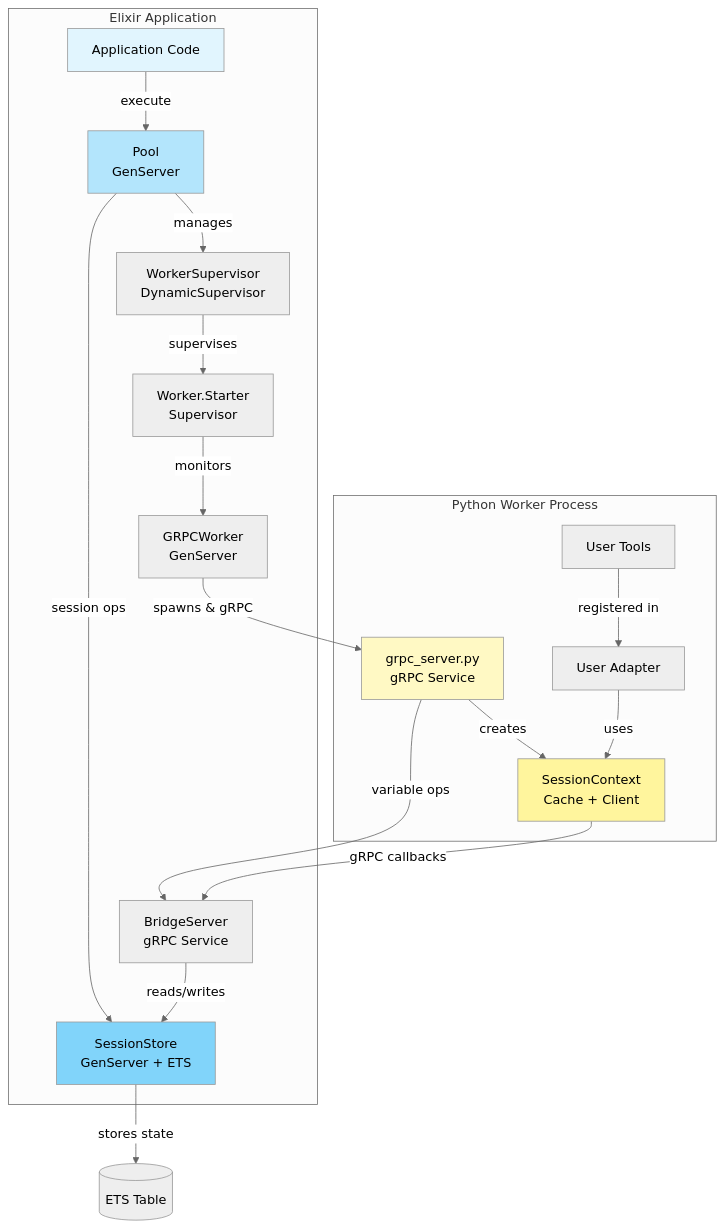
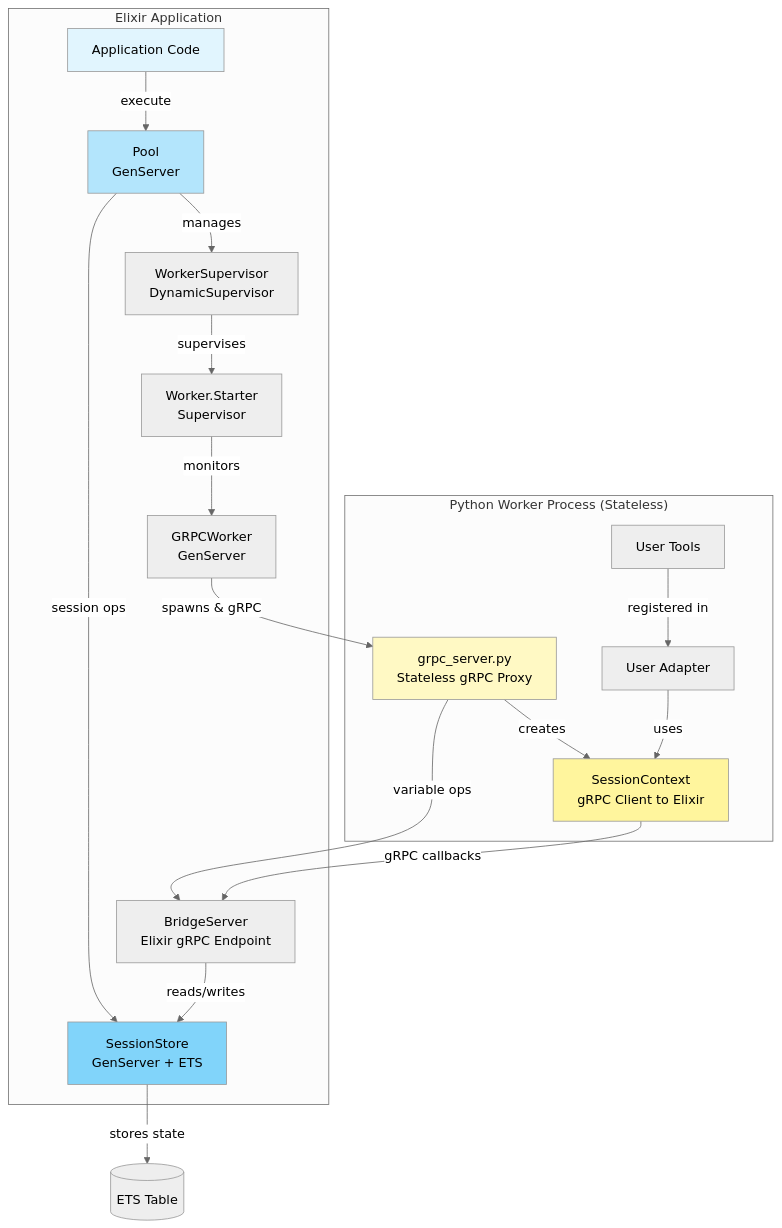
The first of 8 diagrams in DIAGS2.md (nshkrdotcom/snakepit), drawn with Mermaid (neutral theme) before and after one commit. The commit also changed other lines of this file and 9 other files, not shown here.

````diff
--- a/DIAGS2.md
+++ b/DIAGS2.md
@@ -20,42 +20,42 @@
 ```mermaid
 graph TB
     subgraph "Elixir Application"
         APP[Application Code]
         POOL[Pool<br/>GenServer]
         WS[WorkerSupervisor<br/>DynamicSupervisor]
         STARTER[Worker.Starter<br/>Supervisor]
         WORKER[GRPCWorker<br/>GenServer]
         SS[SessionStore<br/>GenServer + ETS]
-        BS[BridgeServer<br/>gRPC Service]
+        BS[BridgeServer<br/>Elixir gRPC Endpoint]
     end
-    
-    subgraph "Python Worker Process"
-        GRPC[grpc_server.py<br/>gRPC Service]
-        CTX[SessionContext<br/>Cache + Client]
+
+    subgraph "Python Worker Process (Stateless)"
+        GRPC[grpc_server.py<br/>Stateless gRPC Proxy]
+        CTX[SessionContext<br/>gRPC Client to Elixir]
         ADAPTER[User Adapter]
         TOOLS[User Tools]
     end
     
     APP -->|execute| POOL
     POOL -->|manages| WS
     WS -->|supervises| STARTER
     STARTER -->|monitors| WORKER
     WORKER -->|spawns & gRPC| GRPC
     
     POOL -->|session ops| SS
     SS -->|stores state| ETS[(ETS Table)]
     
     GRPC -->|variable ops| BS
     BS -->|reads/writes| SS
     
     GRPC -->|creates| CTX
     CTX -->|gRPC callbacks| BS
     ADAPTER -->|uses| CTX
     TOOLS -->|registered in| ADAPTER
     
     style APP fill:#e1f5fe
     style POOL fill:#b3e5fc
     style SS fill:#81d4fa
     style GRPC fill:#fff9c4
     style CTX fill:#fff59d
 ```
````
